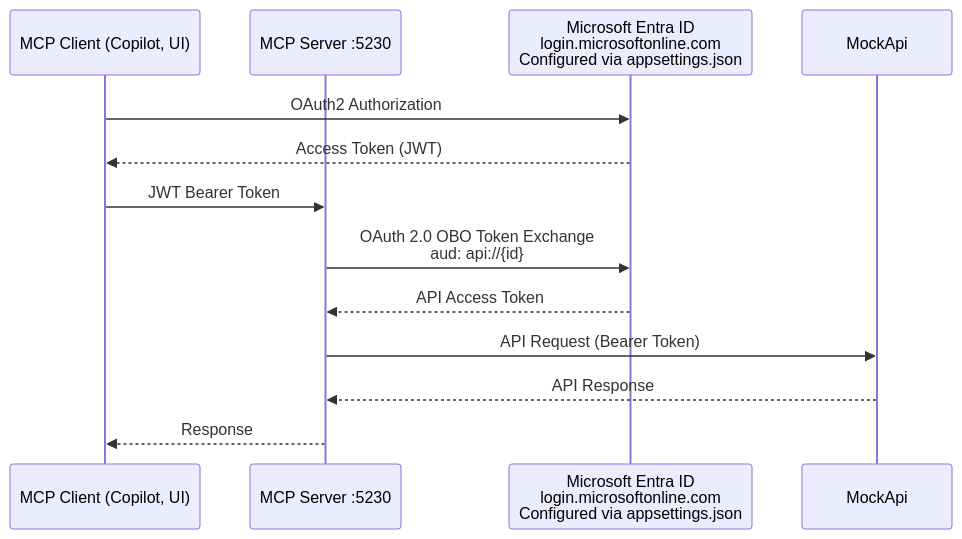
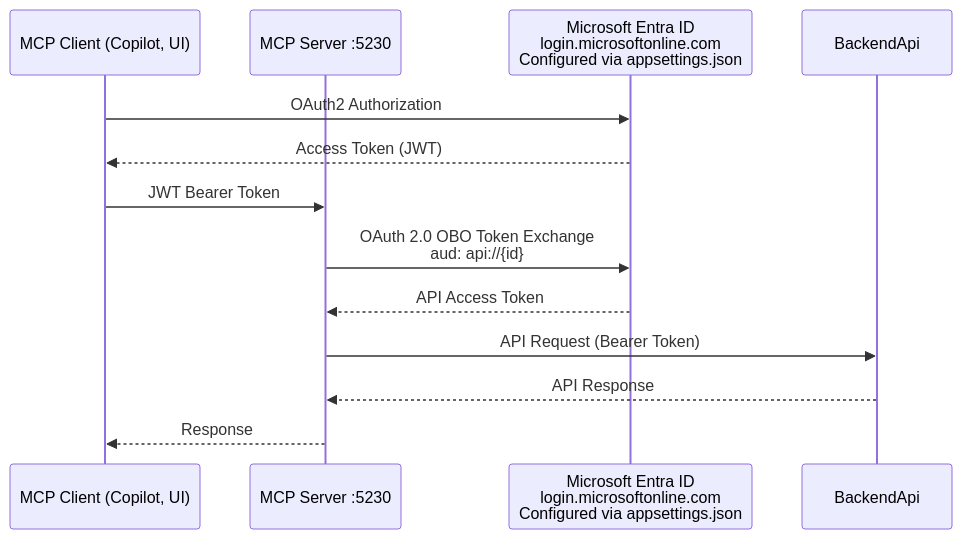
Before and after one commit to cristofima/dotnet-mcp-server: the diagram in src/MCP-Server/README.md, drawn with Mermaid. The commit also changed other lines of this file and 1 other file, not shown here.

Commit message:
docs(MCP-Server): update README to reflect changes in tool and prompt classes, and SDK version

````diff
--- a/src/MCP-Server/README.md
+++ b/src/MCP-Server/README.md
@@ -46,19 +46,19 @@
 ```mermaid
 sequenceDiagram
     participant Client as MCP Client (Copilot, UI)
     participant Server as MCP Server :5230
     participant Entra as Microsoft Entra ID<br/>login.microsoftonline.com<br/>Configured via appsettings.json
-    participant MockApi as MockApi
+    participant BackendApi as BackendApi
 
     Client->>Entra: OAuth2 Authorization
     Entra-->>Client: Access Token (JWT)
 
     Client->>Server: JWT Bearer Token
 
     Server->>Entra: OAuth 2.0 OBO Token Exchange<br/>aud: api://{id}
     Entra-->>Server: API Access Token
 
-    Server->>MockApi: API Request (Bearer Token)
-    MockApi-->>Server: API Response
+    Server->>BackendApi: API Request (Bearer Token)
+    BackendApi-->>Server: API Response
     Server-->>Client: Response
 ```
````
